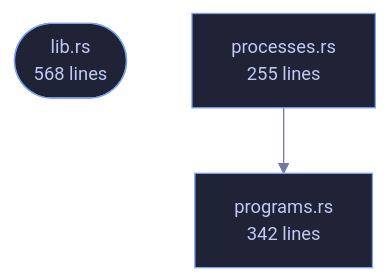
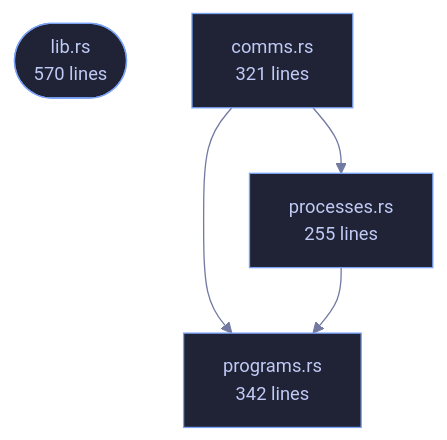
One commit to tilas01/veilvoice changed the diagram in crates/veilvoice-capture/README.md. Above: the diagram before and after it, drawn with Mermaid. The commit also changed other lines of this file and 37 other files, not shown here.

````diff
--- a/crates/veilvoice-capture/README.md
+++ b/crates/veilvoice-capture/README.md
@@ -106,11 +106,15 @@
 ```mermaid
 %%{init: {"theme":"base","themeVariables":{"background":"#1a1b26","primaryColor":"#1f2335","primaryTextColor":"#c0caf5","primaryBorderColor":"#7aa2f7","secondaryColor":"#16161e","tertiaryColor":"#16161e","lineColor":"#737aa2","textColor":"#c0caf5","mainBkg":"#1f2335","nodeBorder":"#7aa2f7","clusterBkg":"#16161e","clusterBorder":"#2f3549","fontFamily":"ui-monospace, SFMono-Regular, Consolas, monospace","fontSize":"14px"}}}%%
 flowchart TD
-    n_lib(["lib.rs<br/>568 lines"])
+    n_lib(["lib.rs<br/>570 lines"])
+    n_comms["comms.rs<br/>321 lines"]
     n_processes["processes.rs<br/>255 lines"]
     n_programs["programs.rs<br/>342 lines"]
+    n_comms --> n_processes
+    n_comms --> n_programs
     n_processes --> n_programs
     click n_lib href "https://github.com/tilas01/veilvoice/blob/main/crates/veilvoice-capture/src/lib.rs" "open the source"
+    click n_comms href "https://github.com/tilas01/veilvoice/blob/main/crates/veilvoice-capture/src/comms.rs" "open the source"
     click n_processes href "https://github.com/tilas01/veilvoice/blob/main/crates/veilvoice-capture/src/processes.rs" "open the source"
     click n_programs href "https://github.com/tilas01/veilvoice/blob/main/crates/veilvoice-capture/src/programs.rs" "open the source"
 ```
````
